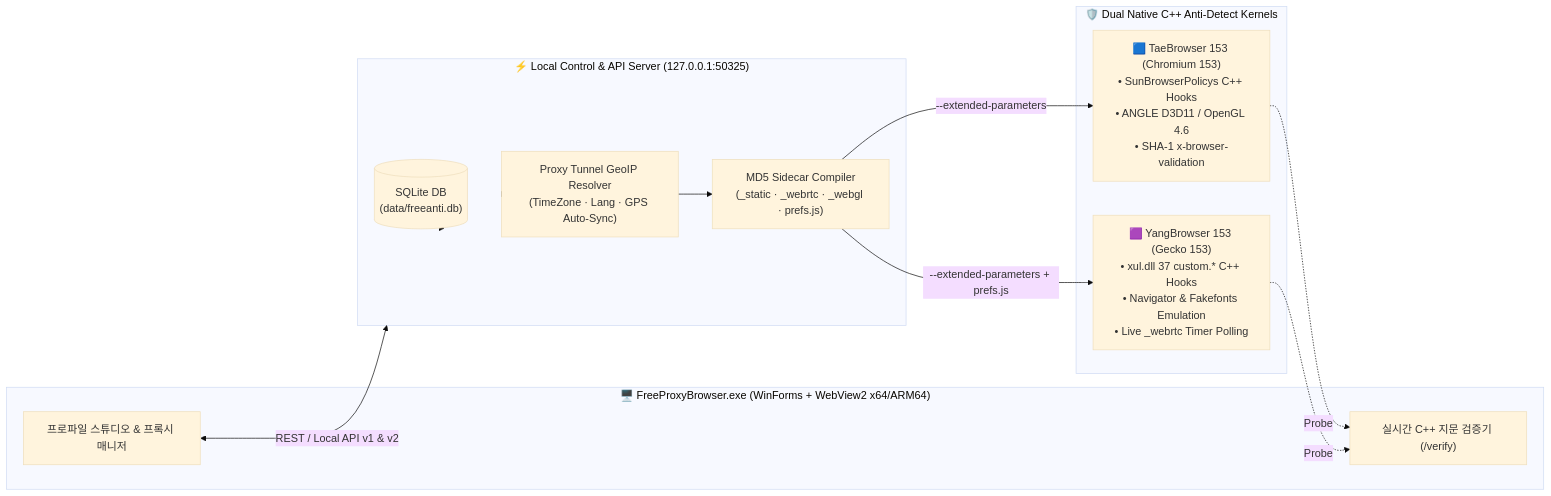
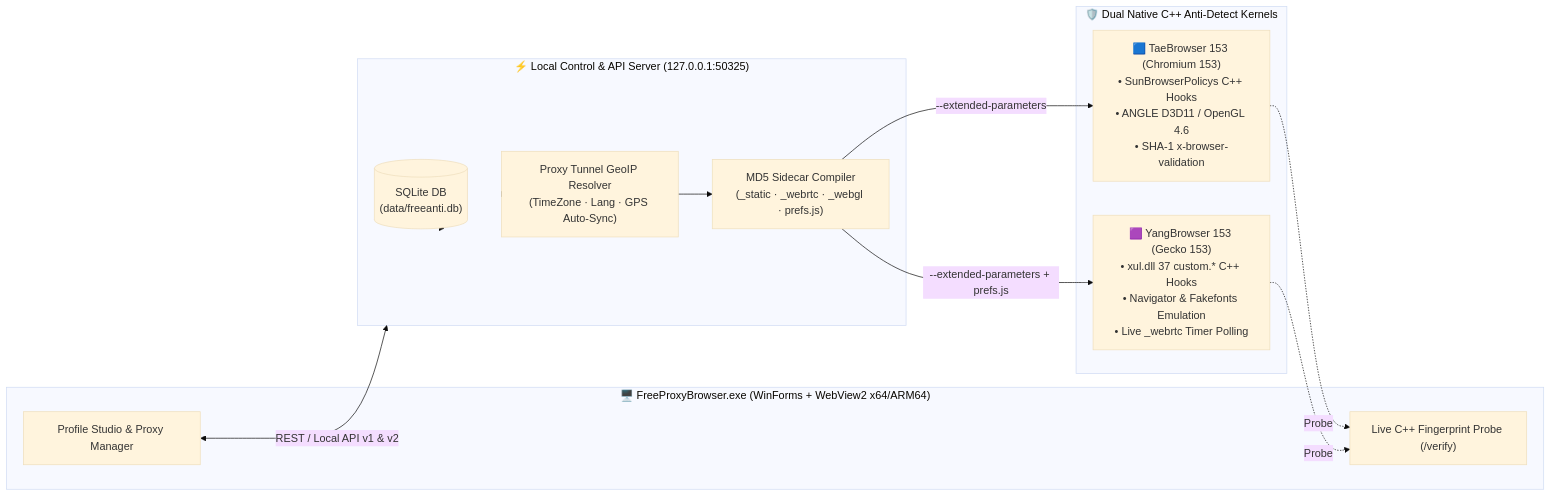
Before and after one commit to Rami9112/free-proxy-browser: the diagram in README.md, drawn with Mermaid (base theme). The commit also changed other lines of this file, not shown here.

````diff
--- a/README.md
+++ b/README.md
@@ -35,27 +35,27 @@
 ```mermaid
 flowchart LR
     subgraph Desktop["🖥️ FreeProxyBrowser.exe (WinForms + WebView2 x64/ARM64)"]
-        UI["프로파일 스튜디오 & 프록시 매니저"]
-        Verify["실시간 C++ 지문 검증기 (/verify)"]
+        UI["Profile Studio & Proxy Manager"]
+        Verify["Live C++ Fingerprint Probe (/verify)"]
     end
 
     subgraph Server["⚡ Local Control & API Server (127.0.0.1:50325)"]
         DB[("SQLite DB\n(data/freeanti.db)")]
         Geo["Proxy Tunnel GeoIP Resolver\n(TimeZone · Lang · GPS Auto-Sync)"]
         Compiler["MD5 Sidecar Compiler\n(_static · _webrtc · _webgl · prefs.js)"]
     end
 
     subgraph Kernels["🛡️ Dual Native C++ Anti-Detect Kernels"]
         Tae["🟦 TaeBrowser 153 (Chromium 153)\n• SunBrowserPolicys C++ Hooks\n• ANGLE D3D11 / OpenGL 4.6\n• SHA-1 x-browser-validation"]
         Yang["🟪 YangBrowser 153 (Gecko 153)\n• xul.dll 37 custom.* C++ Hooks\n• Navigator & Fakefonts Emulation\n• Live _webrtc Timer Polling"]
     end
 
     UI <-->|REST / Local API v1 & v2| Server
     Server --> DB
     Server --> Geo
     Geo --> Compiler
     Compiler -->|--extended-parameters| Tae
     Compiler -->|--extended-parameters + prefs.js| Yang
     Tae -.->|Probe| Verify
     Yang -.->|Probe| Verify
 ```
````
